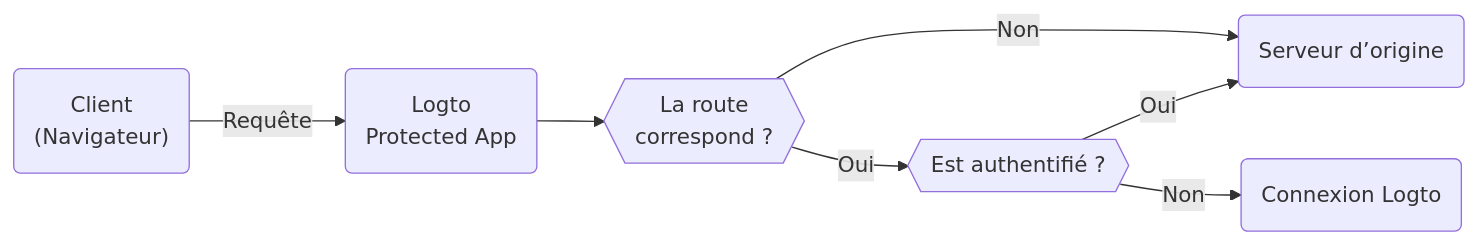
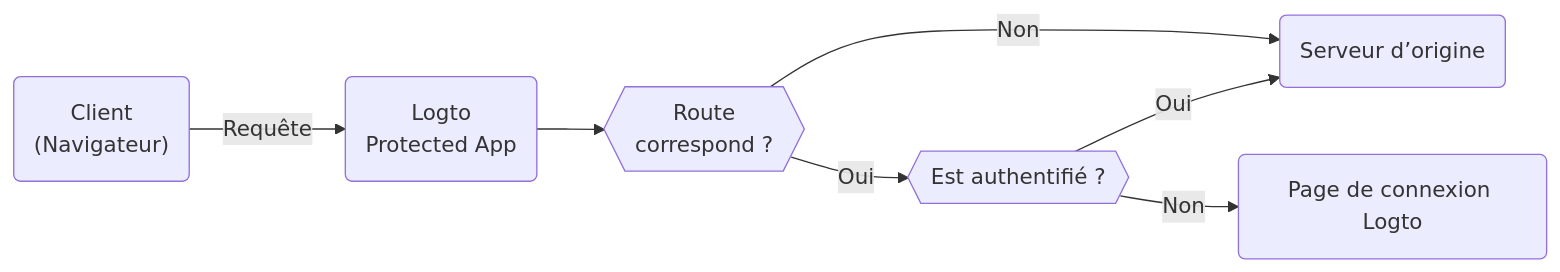
One commit to logto-io/docs changed the diagram in i18n/fr/docusaurus-plugin-content-docs/current/integrate-logto/protected-app.mdx. Above: the diagram before and after it, drawn with Mermaid. The commit also changed other lines of this file and 53 other files, not shown here.

````diff
--- a/i18n/fr/docusaurus-plugin-content-docs/current/integrate-logto/protected-app.mdx
+++ b/i18n/fr/docusaurus-plugin-content-docs/current/integrate-logto/protected-app.mdx
@@ -19,9 +21,9 @@
 ```mermaid
 graph LR
   A("Client<br/>(Navigateur)") -->|Requête| B(Logto<br/>Protected App)
-  B --> Condition{{La route<br/>correspond ?}}
+  B --> Condition{{Route<br/>correspond ?}}
   Condition -->|Oui| Matched{{Est authentifié ?}}
   Matched -->|Oui| C(Serveur d’origine)
-  Matched -->|Non| D(Connexion Logto)
+  Matched -->|Non| D(Page de connexion Logto)
   Condition -->|Non| C
 ```
````
